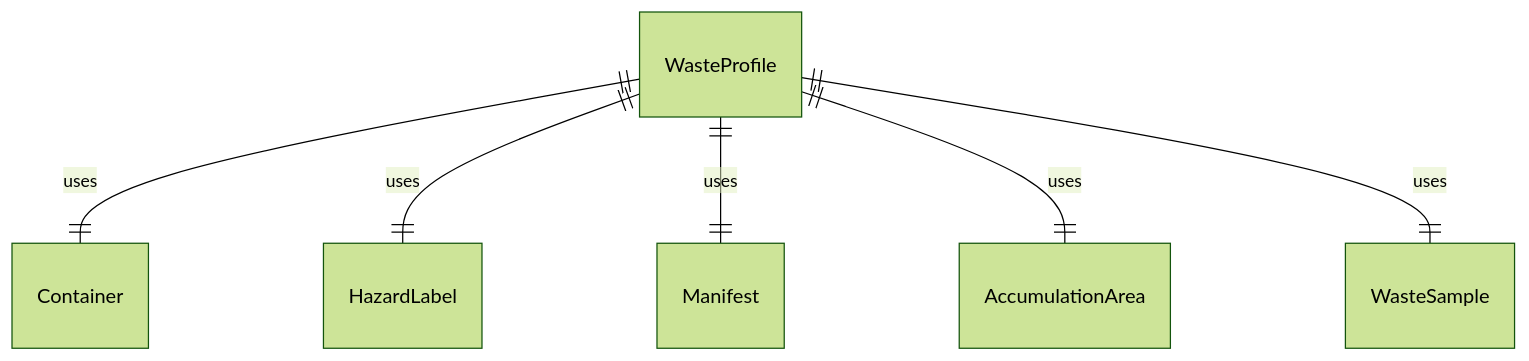
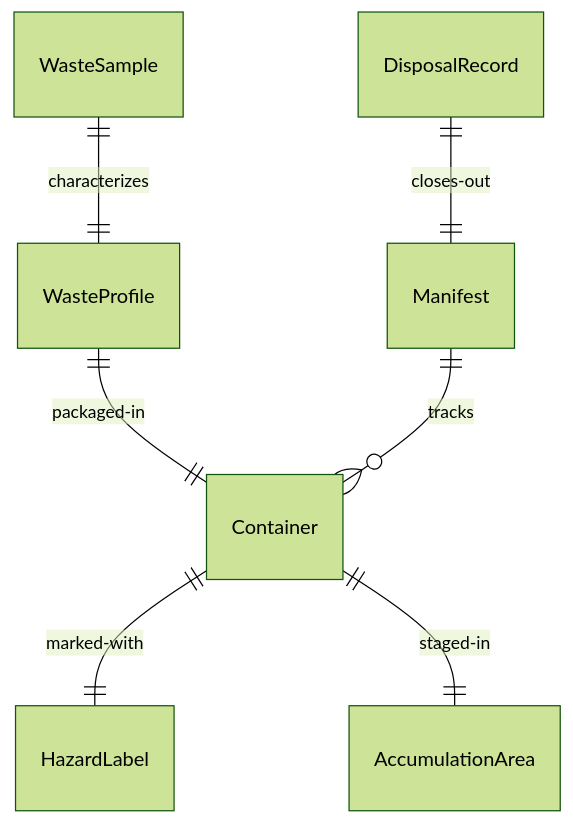
The first of 4 diagrams in HandlingAndMovingObjects/PrepareIndustrialMaterialsForProcessingOrUse/PrepareHazardousWasteProcessingDisposal.mdx (dot-org-ai/tasks.org.ai), drawn with Mermaid (forest theme) before and after one commit. The commit also changed other lines of this file and 515 other files, not shown here.

````diff
--- a/HandlingAndMovingObjects/PrepareIndustrialMaterialsForProcessingOrUse/PrepareHazardousWasteProcessingDisposal.mdx
+++ b/HandlingAndMovingObjects/PrepareIndustrialMaterialsForProcessingOrUse/PrepareHazardousWasteProcessingDisposal.mdx
@@ -90,8 +90,9 @@
 ```mermaid
 erDiagram
-    WasteProfile ||--|| Container : "uses"
-    WasteProfile ||--|| HazardLabel : "uses"
-    WasteProfile ||--|| Manifest : "uses"
-    WasteProfile ||--|| AccumulationArea : "uses"
-    WasteProfile ||--|| WasteSample : "uses"
+    WasteSample ||--|| WasteProfile : "characterizes"
+    WasteProfile ||--|| Container : "packaged-in"
+    Container ||--|| HazardLabel : "marked-with"
+    Manifest ||--o{ Container : "tracks"
+    Container ||--|| AccumulationArea : "staged-in"
+    DisposalRecord ||--|| Manifest : "closes-out"
 ```
````
